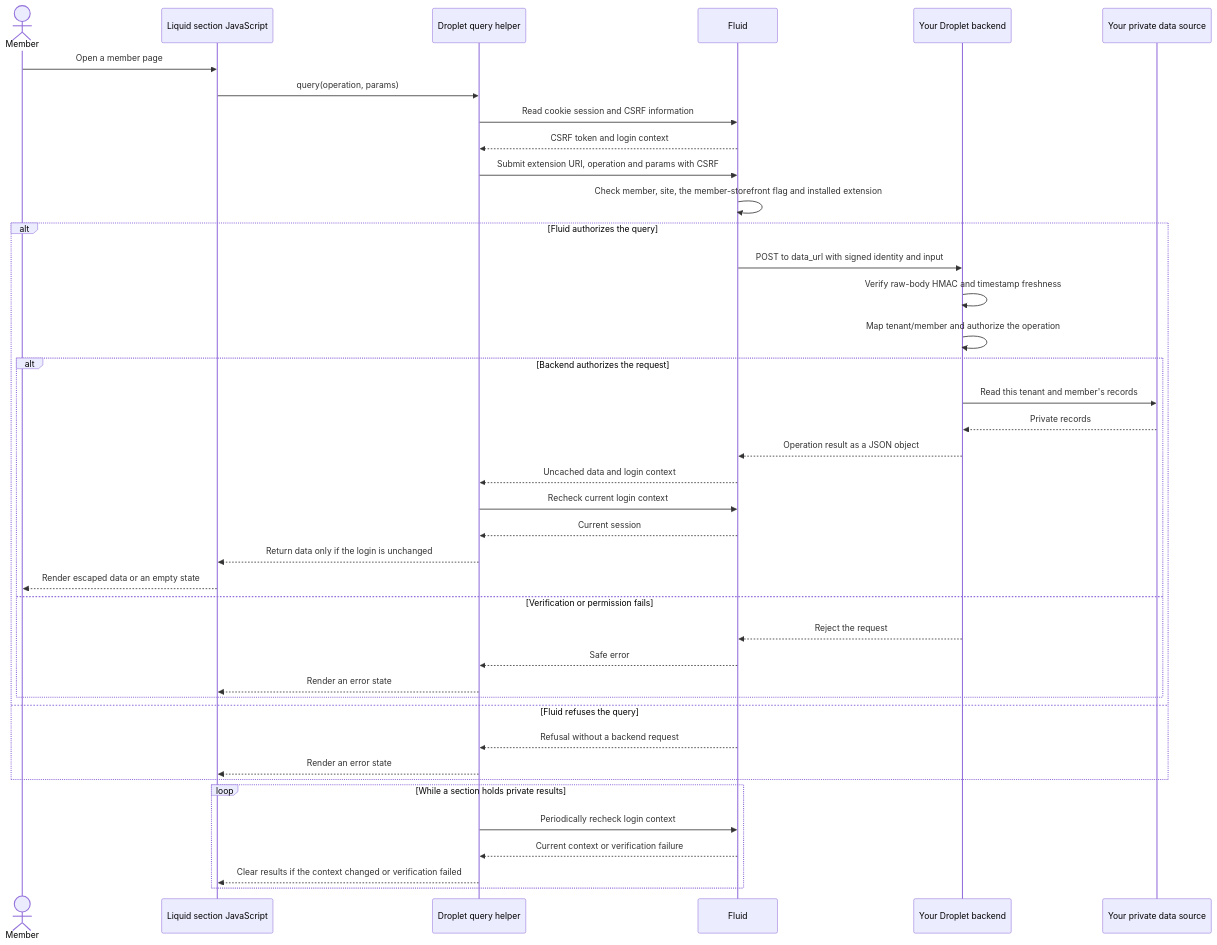
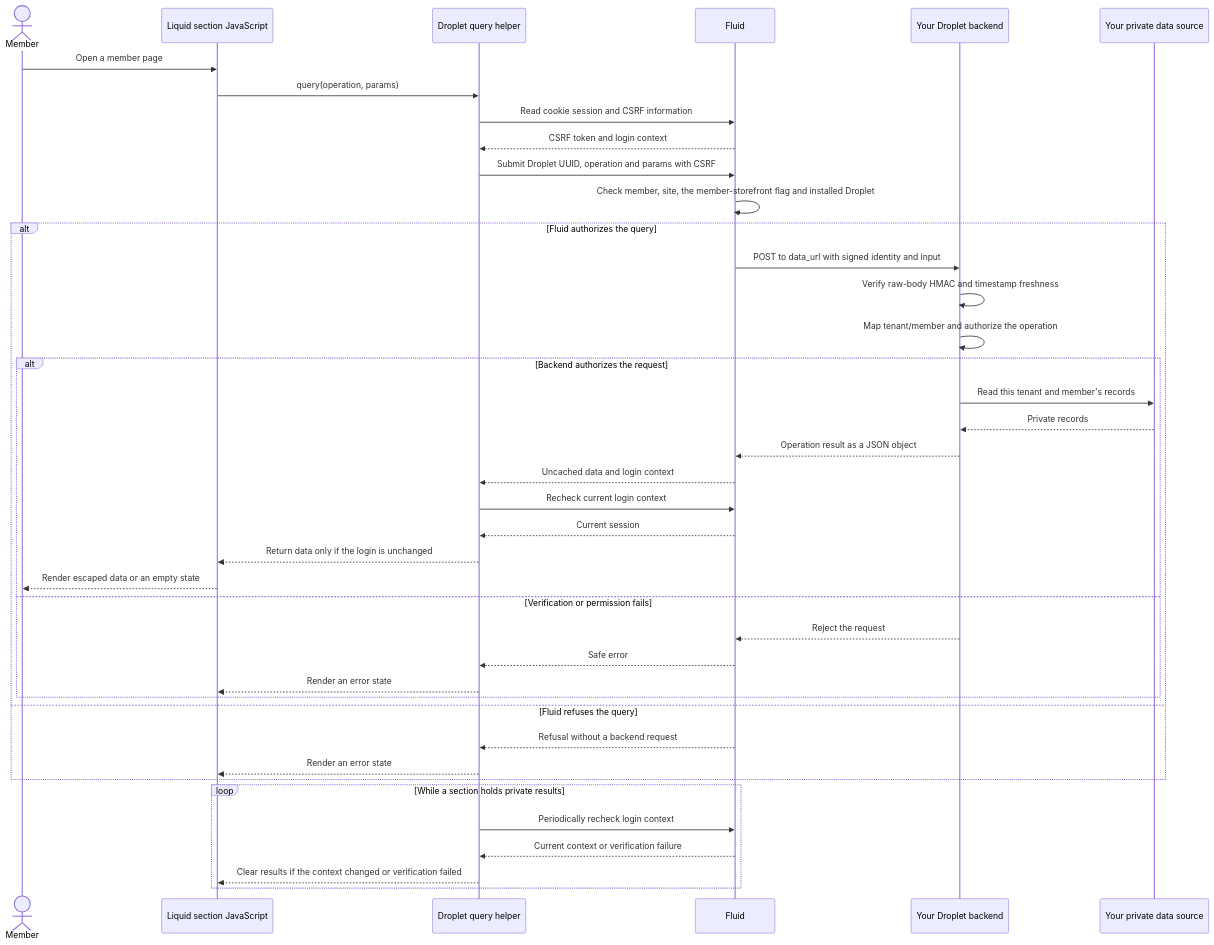
One commit to fluid-commerce/mintlify-starter changed the diagram in themes/member-storefront/droplet-data.mdx. Above: the diagram before and after it, drawn with Mermaid. The commit also changed other lines of this file and 3 other files, not shown here.

Commit message:
docs(themes): use common droplet UUID query guidance

````diff
--- a/themes/member-storefront/droplet-data.mdx
+++ b/themes/member-storefront/droplet-data.mdx
@@ -70,43 +70,43 @@
 ```mermaid
 sequenceDiagram
     actor Member
     participant Section as Liquid section JavaScript
     participant Helper as Droplet query helper
     participant Fluid
     participant Backend as Your Droplet backend
     participant Data as Your private data source
 
     Member->>Section: Open a member page
     Section->>Helper: query(operation, params)
     Helper->>Fluid: Read cookie session and CSRF information
     Fluid-->>Helper: CSRF token and login context
-    Helper->>Fluid: Submit extension URI, operation and params with CSRF
-    Fluid->>Fluid: Check member, site, the member-storefront flag and installed extension
+    Helper->>Fluid: Submit Droplet UUID, operation and params with CSRF
+    Fluid->>Fluid: Check member, site, the member-storefront flag and installed Droplet
     alt Fluid authorizes the query
         Fluid->>Backend: POST to data_url with signed identity and input
         Backend->>Backend: Verify raw-body HMAC and timestamp freshness
         Backend->>Backend: Map tenant/member and authorize the operation
         alt Backend authorizes the request
             Backend->>Data: Read this tenant and member's records
             Data-->>Backend: Private records
             Backend-->>Fluid: Operation result as a JSON object
             Fluid-->>Helper: Uncached data and login context
             Helper->>Fluid: Recheck current login context
             Fluid-->>Helper: Current session
             Helper-->>Section: Return data only if the login is unchanged
             Section-->>Member: Render escaped data or an empty state
         else Verification or permission fails
             Backend-->>Fluid: Reject the request
             Fluid-->>Helper: Safe error
             Helper-->>Section: Render an error state
         end
     else Fluid refuses the query
         Fluid-->>Helper: Refusal without a backend request
         Helper-->>Section: Render an error state
     end
     loop While a section holds private results
         Helper->>Fluid: Periodically recheck login context
         Fluid-->>Helper: Current context or verification failure
         Helper-->>Section: Clear results if the context changed or verification failed
     end
 ```
````
